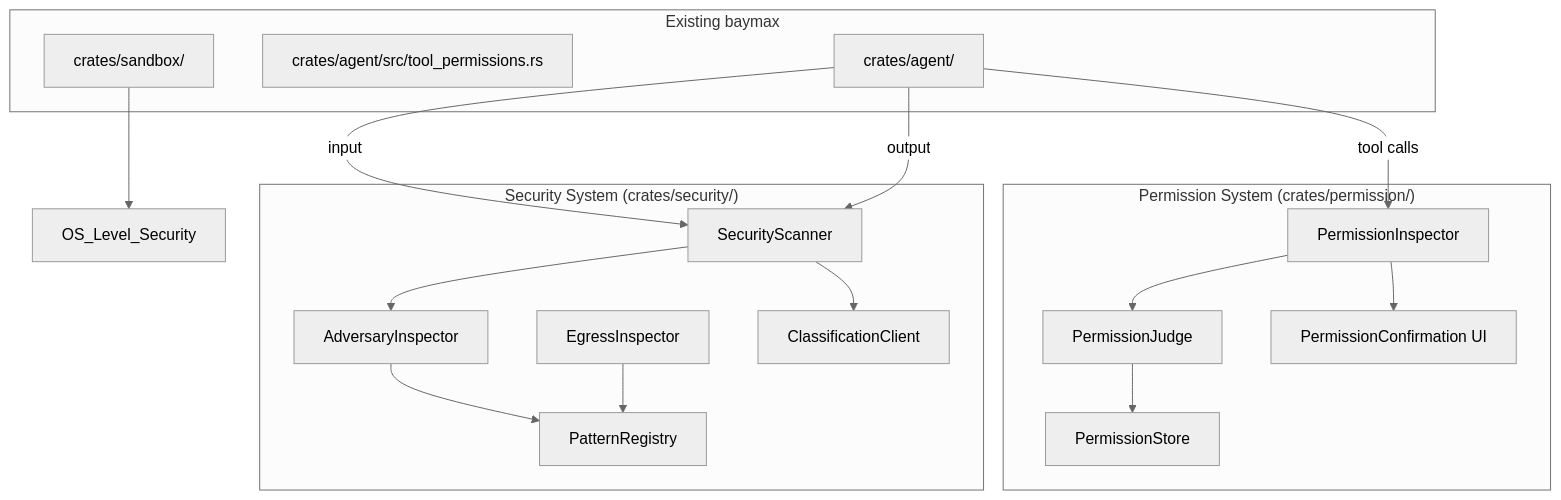
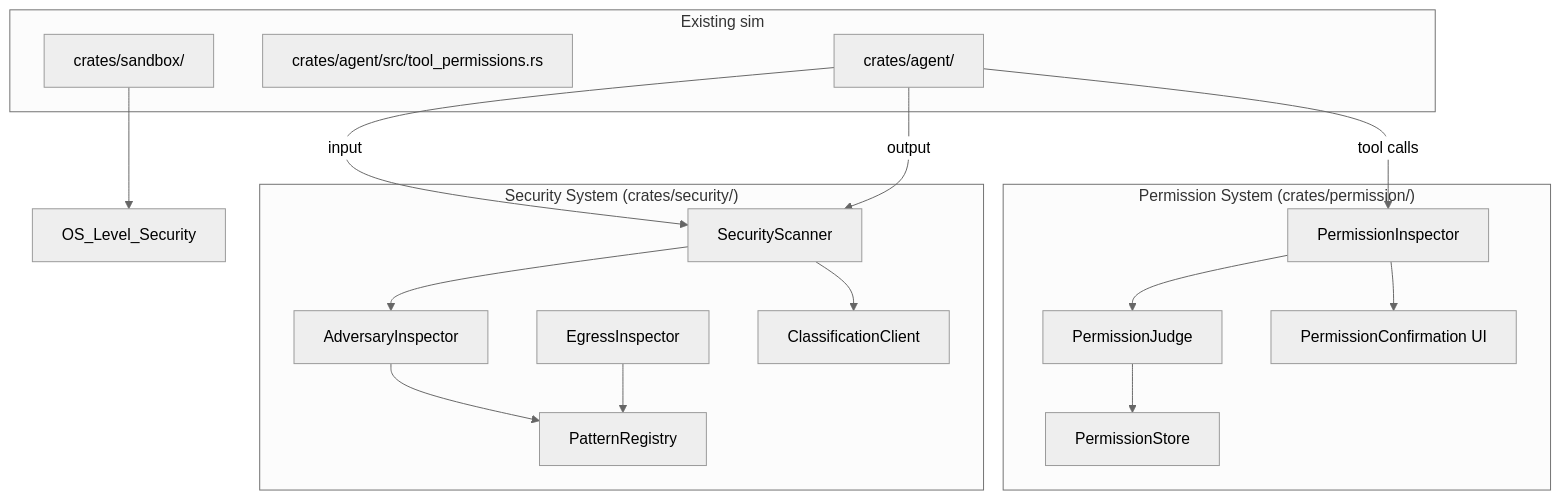
One commit to imagineerings/xor changed the diagram in .agents/specs/goose-migration/security-permissions/design.md. Above: the diagram before and after it, drawn with Mermaid (neutral theme). The commit also changed other lines of this file and 1952 other files, not shown here.

Commit message:
chore: rename from baymax to sim (#61)

````diff
--- a/.agents/specs/goose-migration/security-permissions/design.md
+++ b/.agents/specs/goose-migration/security-permissions/design.md
@@ -16,35 +16,35 @@
 ```mermaid
 graph TD
     subgraph "Security System (crates/security/)"
         Scanner[SecurityScanner]
         Adversary[AdversaryInspector]
         Egress[EgressInspector]
         Classifier[ClassificationClient]
         Patterns[PatternRegistry]
     end
 
     subgraph "Permission System (crates/permission/)"
         Inspector[PermissionInspector]
         Judge[PermissionJudge]
         Confirmation[PermissionConfirmation UI]
         Store[PermissionStore]
     end
 
-    subgraph "Existing baymax"
+    subgraph "Existing sim"
         Sandbox[crates/sandbox/]
         AgentTools[crates/agent/src/tool_permissions.rs]
         Agent[crates/agent/]
     end
 
     Agent -- input --> Scanner
     Agent -- output --> Scanner
     Agent -- tool calls --> Inspector
     Scanner --> Adversary
     Scanner --> Classifier
     Inspector --> Judge
     Inspector --> Confirmation
     Judge --> Store
     Adversary --> Patterns
     Egress --> Patterns
     Sandbox --> OS_Level_Security
 ```
````
